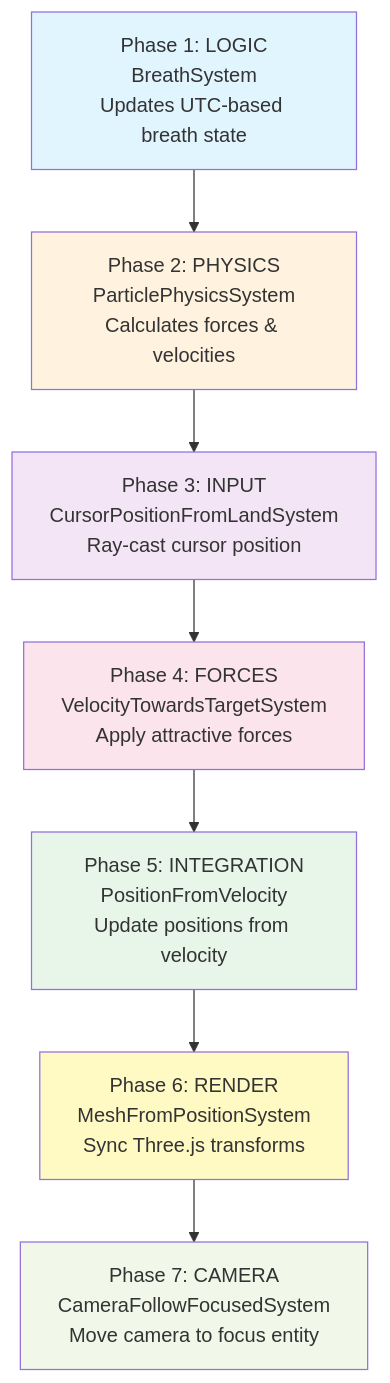
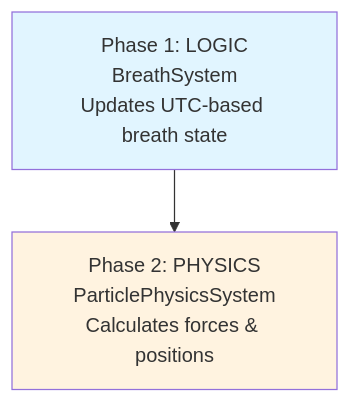
Before and after one commit to jamespacileo/breathe-together-v2: the diagram in docs/project-specific/01-system-pipeline.md, drawn with Mermaid. The commit also changed other lines of this file and 96 other files, not shown here.

````diff
--- a/docs/project-specific/01-system-pipeline.md
+++ b/docs/project-specific/01-system-pipeline.md
@@ -7,17 +7,7 @@
 ```mermaid
 graph TD
-    A["Phase 1: LOGIC<br/>BreathSystem<br/>Updates UTC-based breath state"] -->B["Phase 2: PHYSICS<br/>ParticlePhysicsSystem<br/>Calculates forces & velocities"]
-    B -->C["Phase 3: INPUT<br/>CursorPositionFromLandSystem<br/>Ray-cast cursor position"]
-    C -->D["Phase 4: FORCES<br/>VelocityTowardsTargetSystem<br/>Apply attractive forces"]
-    D -->E["Phase 5: INTEGRATION<br/>PositionFromVelocity<br/>Update positions from velocity"]
-    E -->F["Phase 6: RENDER<br/>MeshFromPositionSystem<br/>Sync Three.js transforms"]
-    F -->G["Phase 7: CAMERA<br/>CameraFollowFocusedSystem<br/>Move camera to focus entity"]
+    A["Phase 1: LOGIC<br/>BreathSystem<br/>Updates UTC-based breath state"] -->B["Phase 2: PHYSICS<br/>ParticlePhysicsSystem<br/>Calculates forces & positions"]
 
     style A fill:#e1f5ff
     style B fill:#fff3e0
-    style C fill:#f3e5f5
-    style D fill:#fce4ec
-    style E fill:#e8f5e9
-    style F fill:#fff9c4
-    style G fill:#f1f8e9
 ```
````
